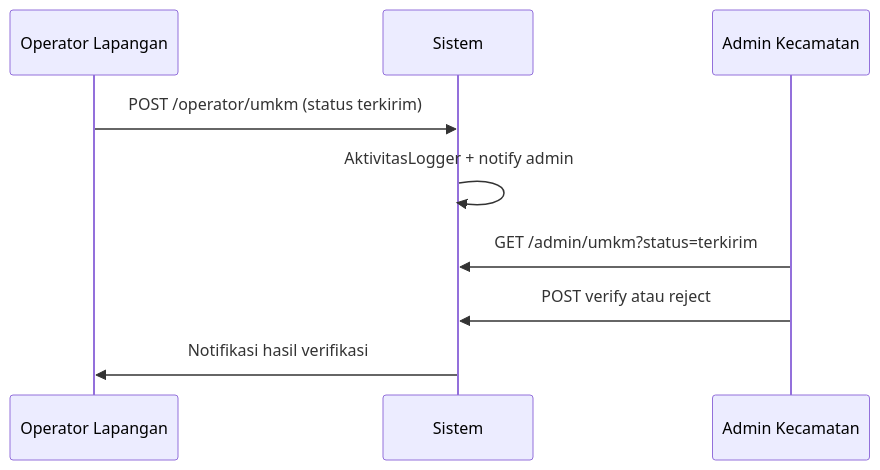
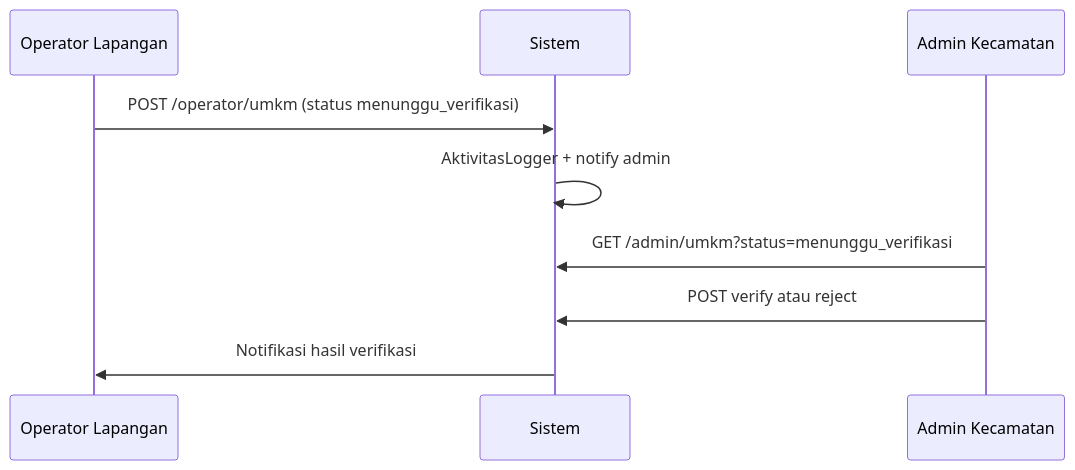
Before and after one commit to ikhsanoctav/MandalalokApps: the diagram in docs/RANCANGAN_MODUL_ADMIN_OPERATOR.md, drawn with Mermaid. The commit also changed other lines of this file and 36 other files, not shown here.

Commit message:
Refactor: change status_verifikasi from terkirim to menunggu_verifikasi

````diff
--- a/docs/RANCANGAN_MODUL_ADMIN_OPERATOR.md
+++ b/docs/RANCANGAN_MODUL_ADMIN_OPERATOR.md
@@ -290,12 +290,12 @@
 ```mermaid
 sequenceDiagram
     participant O as Operator Lapangan
     participant S as Sistem
     participant A as Admin Kecamatan
 
-    O->>S: POST /operator/umkm (status terkirim)
+    O->>S: POST /operator/umkm (status menunggu_verifikasi)
     S->>S: AktivitasLogger + notify admin
-    A->>S: GET /admin/umkm?status=terkirim
+    A->>S: GET /admin/umkm?status=menunggu_verifikasi
     A->>S: POST verify atau reject
     S->>O: Notifikasi hasil verifikasi
 ```
````
